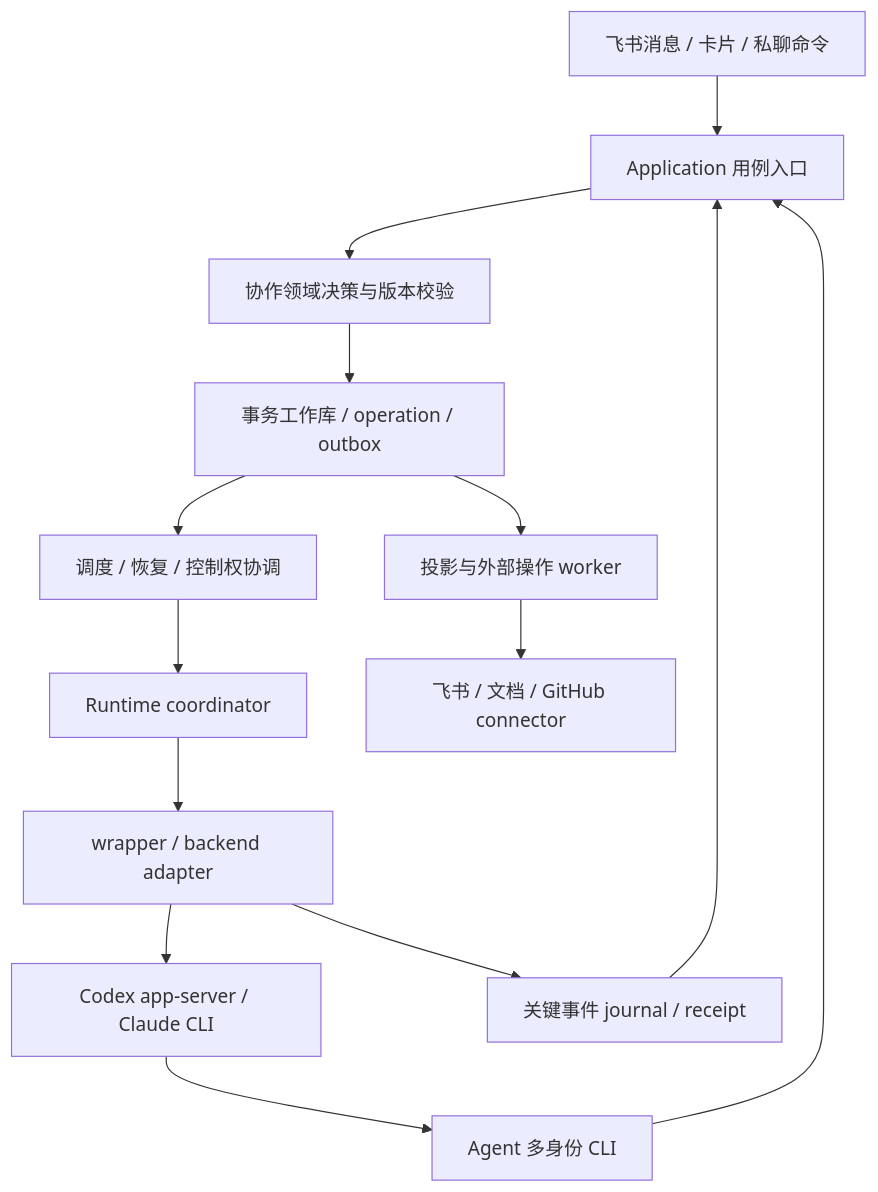
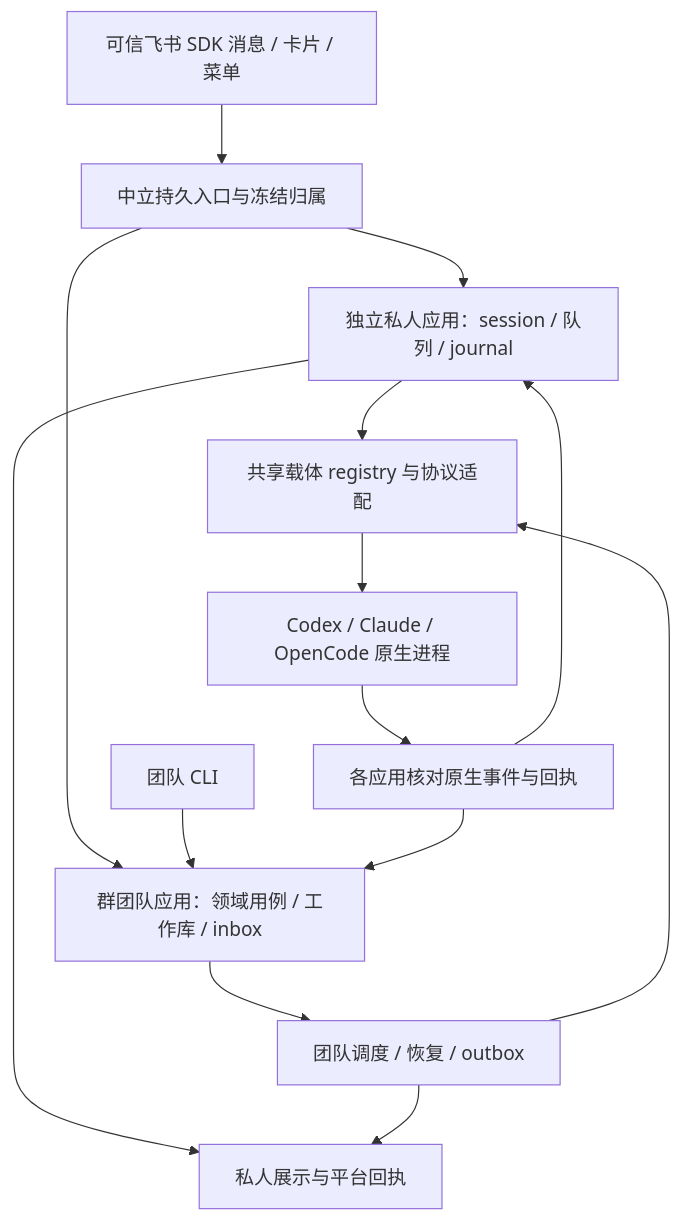
One commit to kxn/codex-remote-feishu changed the diagram in docs/draft/feishu-agent-team-technical-design.md. Above: the diagram before and after it, drawn with Mermaid. The commit also changed other lines of this file and 663 other files, not shown here.

````diff
--- a/docs/draft/feishu-agent-team-technical-design.md
+++ b/docs/draft/feishu-agent-team-technical-design.md
@@ -21,16 +24,16 @@
 ```mermaid
 flowchart TD
-    F[飞书消息 / 卡片 / 私聊命令] --> A[Application 用例入口]
-    C[Agent 多身份 CLI] --> A
-    A --> D[协作领域决策与版本校验]
-    D --> S[事务工作库 / operation / outbox]
-    S --> Q[调度 / 恢复 / 控制权协调]
-    Q --> R[Runtime coordinator]
-    R --> W[wrapper / backend adapter]
-    W --> N[Codex app-server / Claude CLI]
-    W --> J[关键事件 journal / receipt]
+    F[可信飞书 SDK 消息 / 卡片 / 菜单] --> I[中立持久入口与冻结归属]
+    I --> P[独立私人应用：session / 队列 / journal]
+    I --> A[群团队应用：领域用例 / 工作库 / inbox]
+    C[团队 CLI] --> A
+    A --> Q[团队调度 / 恢复 / outbox]
+    P --> R[共享载体 registry 与协议适配]
+    Q --> R
+    R --> N[Codex / Claude / OpenCode 原生进程]
+    N --> J[各应用核对原生事件与回执]
+    J --> P
     J --> A
-    S --> P[投影与外部操作 worker]
-    P --> F2[飞书 / 文档 / GitHub connector]
-    N --> C
+    P --> F2[私人展示与平台回执]
+    Q --> F2
 ```
````
